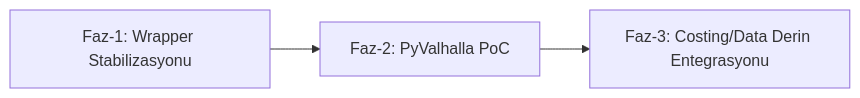
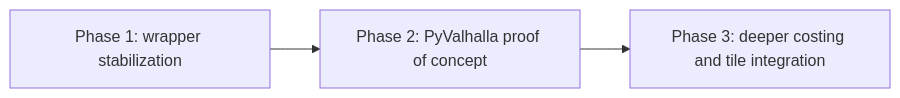
One commit to alireal973/motomap changed the second of 2 diagrams in docs/discussions/2026-03-02-discussion-8-response.md. Above: the diagram before and after it, drawn with Mermaid. The commit also changed other lines of this file and 38 other files, not shown here.

````diff
--- a/docs/discussions/2026-03-02-discussion-8-response.md
+++ b/docs/discussions/2026-03-02-discussion-8-response.md
@@ -59,5 +61,5 @@
 ```mermaid
 flowchart LR
-    A[Faz-1: Wrapper Stabilizasyonu] --> B[Faz-2: PyValhalla PoC]
-    B --> C[Faz-3: Costing/Data Derin Entegrasyonu]
+    A[Phase 1: wrapper stabilization] --> B[Phase 2: PyValhalla proof of concept]
+    B --> C[Phase 3: deeper costing and tile integration]
 ```
````
